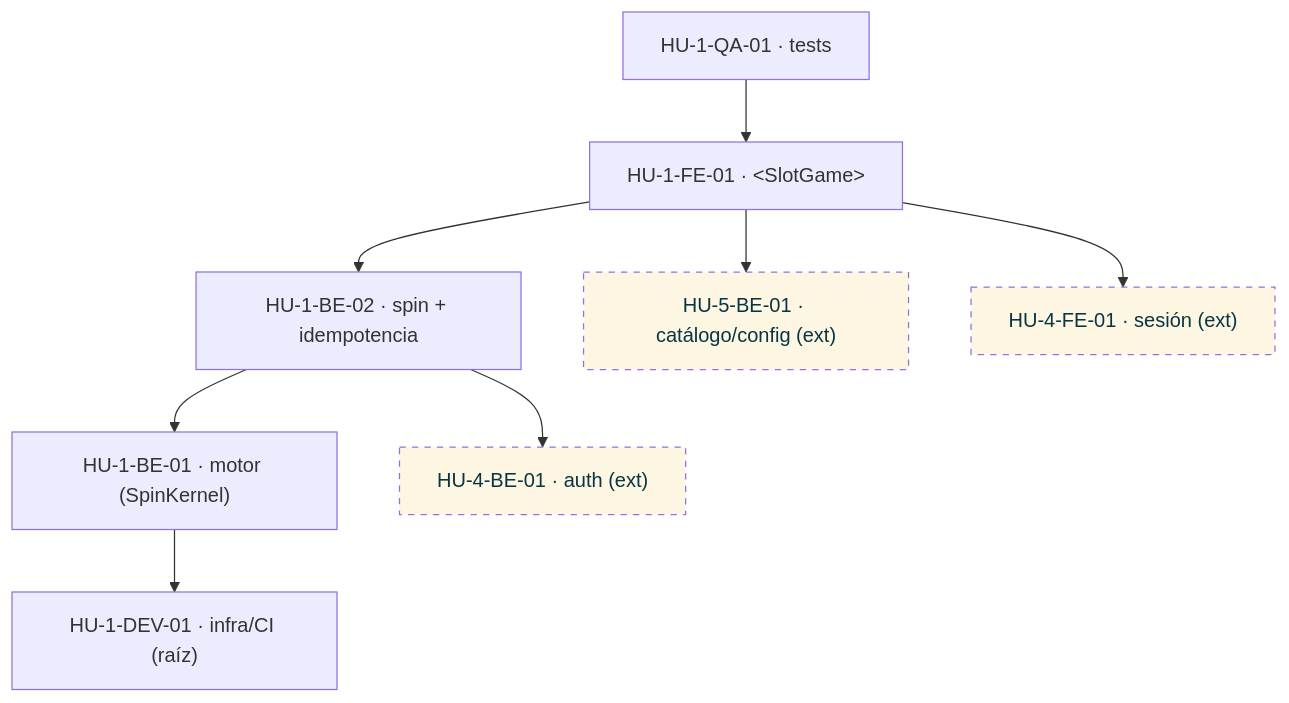
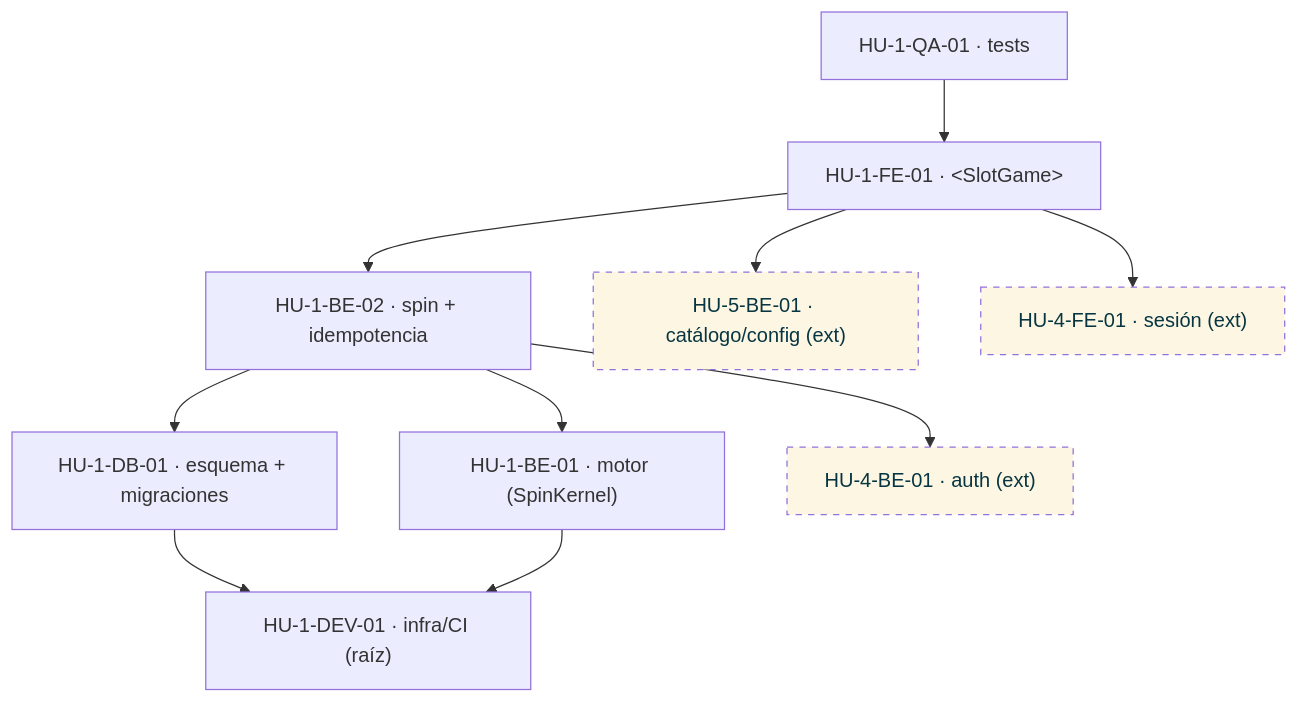
One commit to jordipochvall/AI4Devs-finalproject changed the first of 12 diagrams in tickets/tickets.md. Above: the diagram before and after it, drawn with Mermaid. The commit also changed other lines of this file and 7 other files, not shown here.

````diff
--- a/tickets/tickets.md
+++ b/tickets/tickets.md
@@ -136,20 +137,23 @@
 ```mermaid
 flowchart TD
     DEV01["HU-1-DEV-01 · infra/CI (raíz)"]
+    DB01["HU-1-DB-01 · esquema + migraciones"]
     BE01["HU-1-BE-01 · motor (SpinKernel)"]
     BE02["HU-1-BE-02 · spin + idempotencia"]
     FE01["HU-1-FE-01 · &lt;SlotGame&gt;"]
     QA01["HU-1-QA-01 · tests"]
     x4BE["HU-4-BE-01 · auth (ext)"]
     x5BE["HU-5-BE-01 · catálogo/config (ext)"]
     x4FE["HU-4-FE-01 · sesión (ext)"]
+    DB01 --> DEV01
     BE01 --> DEV01
     BE02 --> BE01
+    BE02 --> DB01
     BE02 --> x4BE
     FE01 --> BE02
     FE01 --> x5BE
     FE01 --> x4FE
     QA01 --> FE01
     classDef ext stroke-dasharray:5 5,fill:#fdf6e3,color:#073642
     class x4BE,x5BE,x4FE ext
 ```
````
